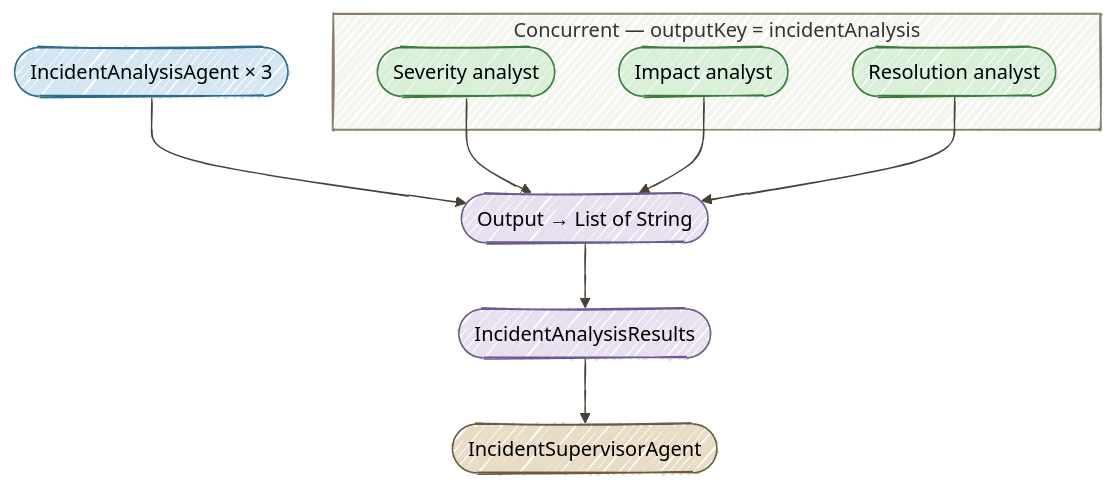
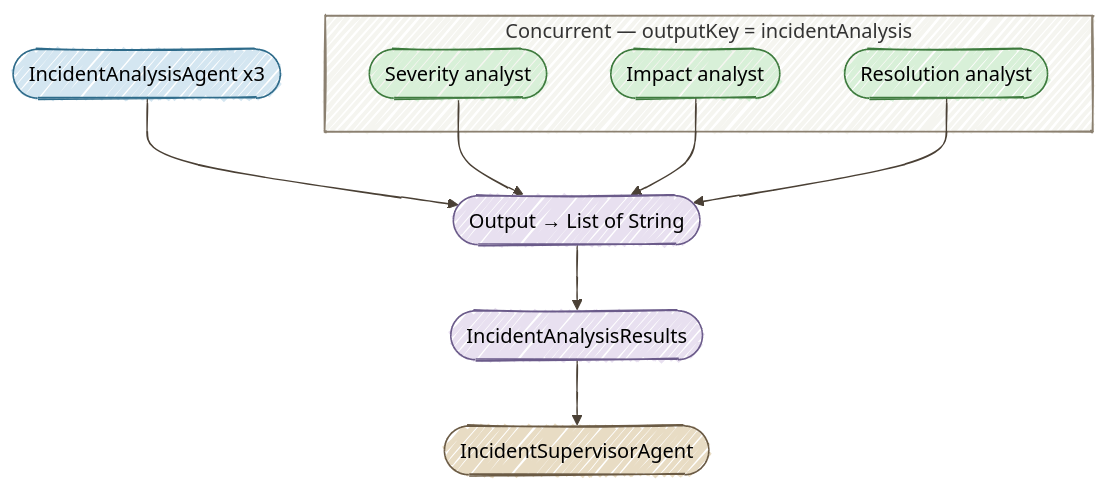
The diagram in docs/03-parallel-workflow/START_HERE.md (danieloh30/techxchange-2026-quarkus-bob-lab), drawn with Mermaid before and after one commit. The commit also changed 3 other files, not shown here.

First line of the commit message:
fix(docs): replace Unicode × with x in Mermaid chart labels

````diff
--- a/docs/03-parallel-workflow/START_HERE.md
+++ b/docs/03-parallel-workflow/START_HERE.md
@@ -28,29 +28,29 @@
 ```mermaid
 %%{init: {'look':'handDrawn','theme':'neutral','themeVariables': {'lineColor':'#4A4035'}}}%%
 flowchart TD
-    A([IncidentAnalysisAgent × 3])
+    A([IncidentAnalysisAgent x3])
     B([Output → List of String])
     C([IncidentAnalysisResults])
     D([IncidentSupervisorAgent])
 
     A --> B --> C --> D
 
     subgraph parallel["Concurrent — outputKey = incidentAnalysis"]
         A1([Severity analyst])
         A2([Impact analyst])
         A3([Resolution analyst])
     end
 
     A1 --> B
     A2 --> B
     A3 --> B
 
     style A fill:#D4E6F1,stroke:#2E6B8A
     style B fill:#E8E0F0,stroke:#6B5B8A
     style C fill:#E8E0F0,stroke:#6B5B8A
     style D fill:#E8DCC4,stroke:#6B5B45
     style A1 fill:#D8F0D8,stroke:#3D7A3D
     style A2 fill:#D8F0D8,stroke:#3D7A3D
     style A3 fill:#D8F0D8,stroke:#3D7A3D
     style parallel fill:#F5F5F0,stroke:#8B8070
 ```
````
